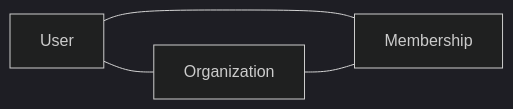
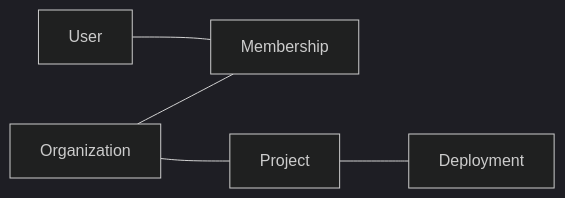
Before and after one commit to mintlify/templates: the diagram in knowledge-base/engineering/architecture/data-models.mdx, drawn with Mermaid (dark theme). The commit also changed other lines of this file and 35 other files, not shown here.

````diff
--- a/knowledge-base/engineering/architecture/data-models.mdx
+++ b/knowledge-base/engineering/architecture/data-models.mdx
@@ -45,6 +60,7 @@
 ```mermaid
 graph LR
     User --- Membership
     Organization --- Membership
-    User --- Organization
+    Organization --- Project
+    Project --- Deployment
 ```
````
